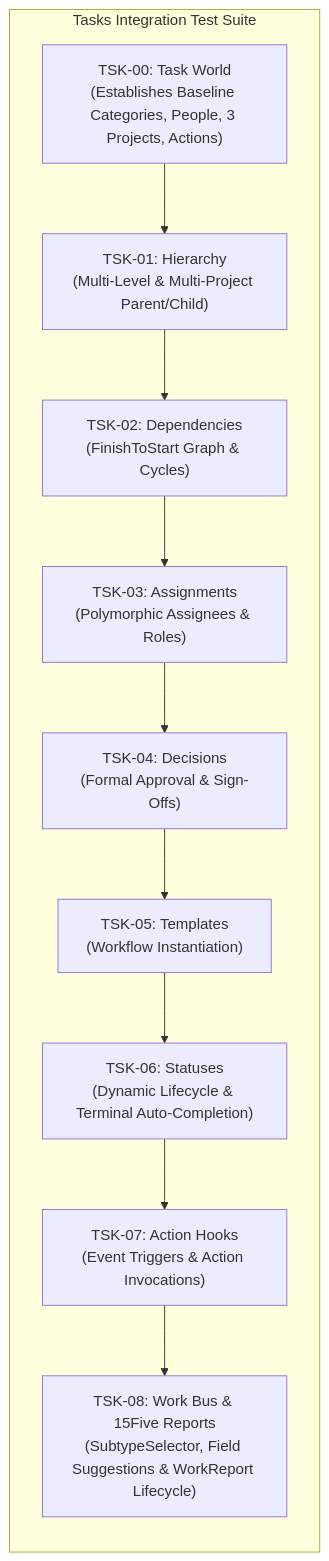
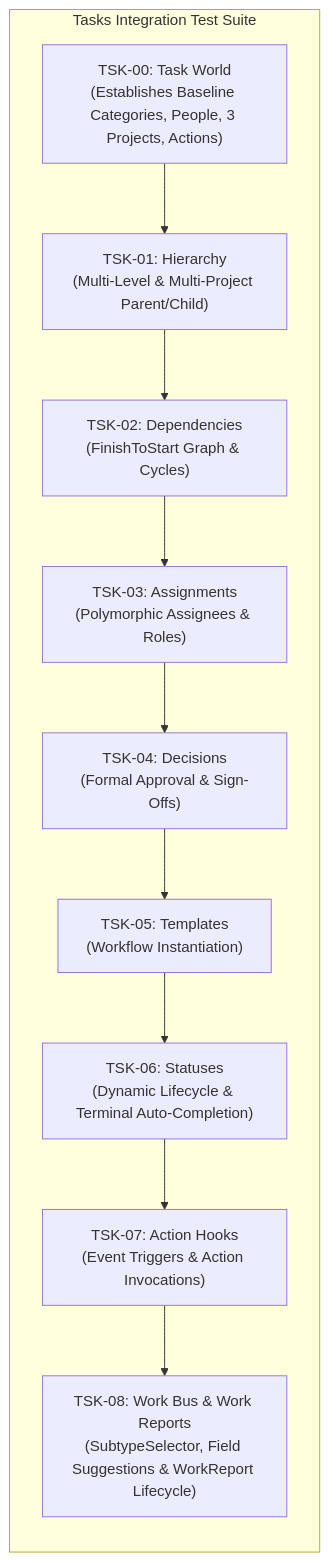
One commit to MemberJunction/bizapps-tasks changed the fifth of 5 diagrams in guides/TASK_WORKFLOW_AND_LIFECYCLE_GUIDE.md. Above: the diagram before and after it, drawn with Mermaid. The commit also changed other lines of this file and 6 other files, not shown here.

Commit message:
docs(s4): remove trademark terms, rename work reports guide, fix README anchor & WCAG 2.1 AA citation

````diff
--- a/guides/TASK_WORKFLOW_AND_LIFECYCLE_GUIDE.md
+++ b/guides/TASK_WORKFLOW_AND_LIFECYCLE_GUIDE.md
@@ -213,16 +213,16 @@
 ```mermaid
 flowchart LR
     subgraph Suite["Tasks Integration Test Suite"]
         TSK00["TSK-00: Task World<br/>(Establishes Baseline Categories, People, 3 Projects, Actions)"]
         TSK01["TSK-01: Hierarchy<br/>(Multi-Level & Multi-Project Parent/Child)"]
         TSK02["TSK-02: Dependencies<br/>(FinishToStart Graph & Cycles)"]
         TSK03["TSK-03: Assignments<br/>(Polymorphic Assignees & Roles)"]
         TSK04["TSK-04: Decisions<br/>(Formal Approval & Sign-Offs)"]
         TSK05["TSK-05: Templates<br/>(Workflow Instantiation)"]
         TSK06["TSK-06: Statuses<br/>(Dynamic Lifecycle & Terminal Auto-Completion)"]
         TSK07["TSK-07: Action Hooks<br/>(Event Triggers & Action Invocations)"]
-        TSK08["TSK-08: Work Bus & 15Five Reports<br/>(SubtypeSelector, Field Suggestions & WorkReport Lifecycle)"]
+        TSK08["TSK-08: Work Bus & Work Reports<br/>(SubtypeSelector, Field Suggestions & WorkReport Lifecycle)"]
     end
 
     TSK00 --> TSK01 --> TSK02 --> TSK03 --> TSK04 --> TSK05 --> TSK06 --> TSK07 --> TSK08
 ```
````
